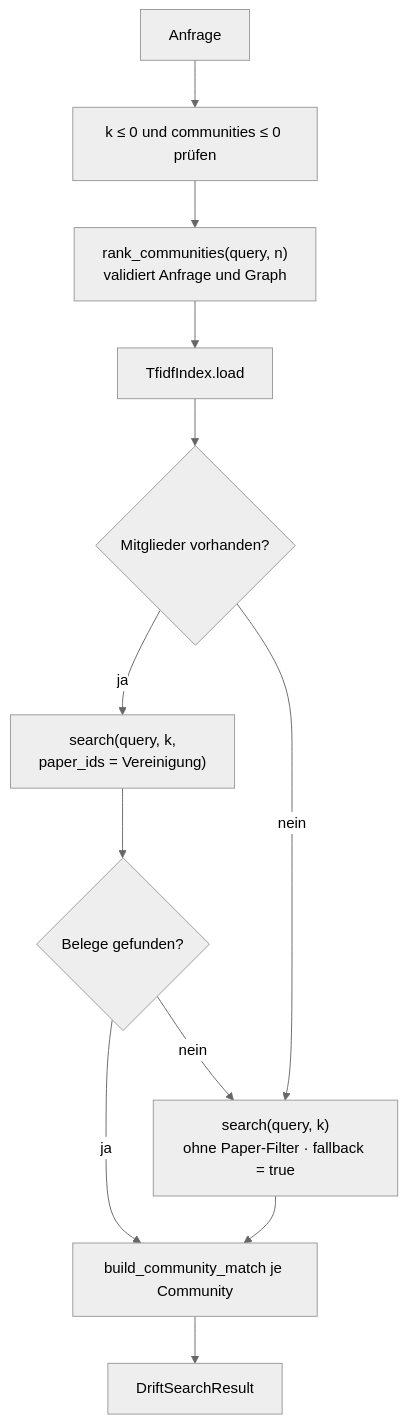
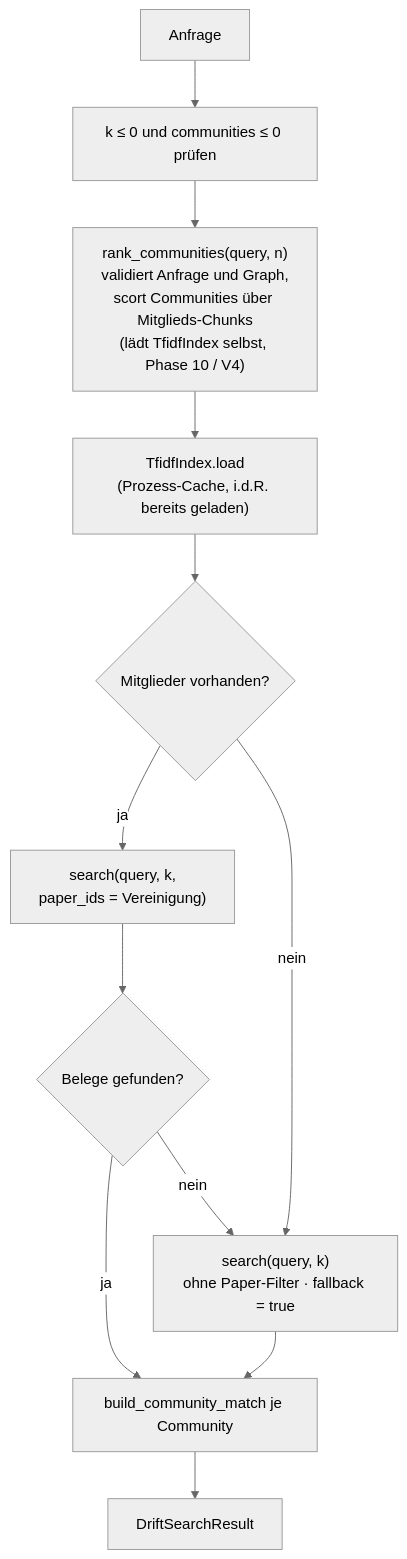
One commit to MomoEngineer/research-graphrag changed the first of 2 diagrams in src/research_graphrag/retrieval/doc/drift.md. Above: the diagram before and after it, drawn with Mermaid (neutral theme). The commit also changed other lines of this file and 14 other files, not shown here.

````diff
--- a/src/research_graphrag/retrieval/doc/drift.md
+++ b/src/research_graphrag/retrieval/doc/drift.md
@@ -32,14 +32,14 @@
 ```mermaid
 flowchart TD
     Q["Anfrage"] --> KV["k ≤ 0 und communities ≤ 0 prüfen"]
-    KV --> R["rank_communities(query, n)<br/>validiert Anfrage und Graph"]
-    R --> IX["TfidfIndex.load"]
+    KV --> R["rank_communities(query, n)<br/>validiert Anfrage und Graph,<br/>scort Communities über Mitglieds-Chunks<br/>(lädt TfidfIndex selbst, Phase 10 / V4)"]
+    R --> IX["TfidfIndex.load<br/>(Prozess-Cache, i.d.R. bereits geladen)"]
     IX --> U{"Mitglieder vorhanden?"}
     U -- ja --> S["search(query, k,<br/>paper_ids = Vereinigung)"]
     U -- nein --> FB
     S --> H{"Belege gefunden?"}
     H -- ja --> BM["build_community_match je Community"]
     H -- nein --> FB["search(query, k)<br/>ohne Paper-Filter · fallback = true"]
     FB --> BM
     BM --> RES["DriftSearchResult"]
 ```
````
